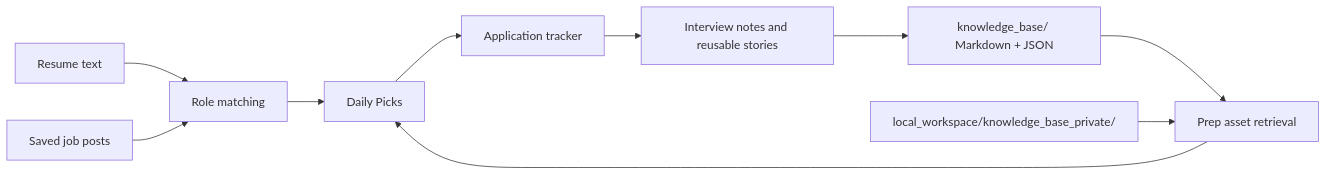
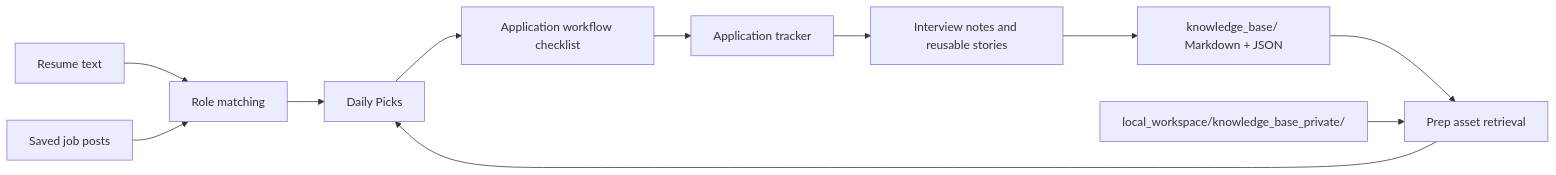
Before and after one commit to leini8891/ApplyPilot: the diagram in README.md, drawn with Mermaid. The commit also changed other lines of this file and 10 other files, not shown here.

Commit message:
Add application workflow V0

````diff
--- a/README.md
+++ b/README.md
@@ -52,12 +57,13 @@
 ```mermaid
 flowchart LR
   Resume["Resume text"] --> Match["Role matching"]
   Jobs["Saved job posts"] --> Match
   PublicKB["knowledge_base/ Markdown + JSON"] --> Retrieve["Prep asset retrieval"]
   PrivateKB["local_workspace/knowledge_base_private/"] --> Retrieve
   Match --> Picks["Daily Picks"]
   Retrieve --> Picks
-  Picks --> Tracker["Application tracker"]
+  Picks --> Workflow["Application workflow checklist"]
+  Workflow --> Tracker["Application tracker"]
   Tracker --> Notes["Interview notes and reusable stories"]
   Notes --> PublicKB
 ```
````
